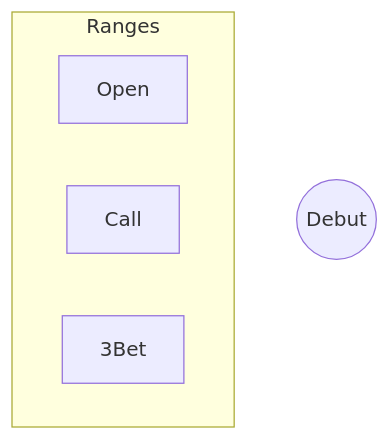
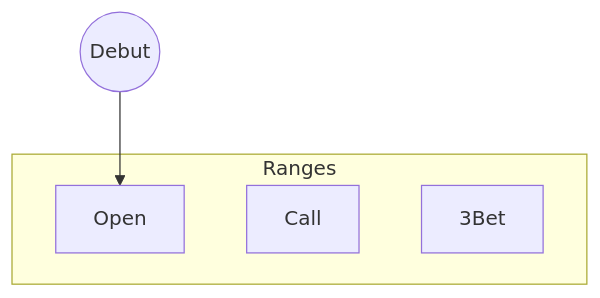
The diagram in _posts/2018-09-01-start.md (ilovepkr/beautiful-jekyll), drawn with Mermaid before and after one commit. The commit also changed other lines of this file, not shown here.

````diff
--- a/_posts/2018-09-01-start.md
+++ b/_posts/2018-09-01-start.md
@@ -62,9 +62,10 @@
 ```mermaid
 graph TB
-A((Debut))
+A((Debut)) --> Open
 subgraph Ranges
+
 Open
 Call
 3Bet
 end
 ```
````
